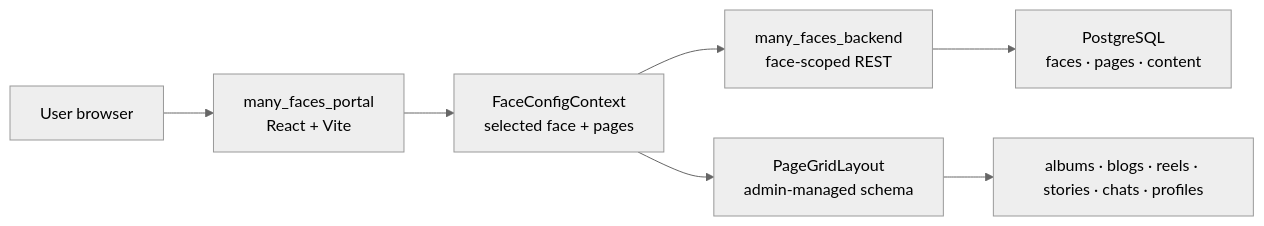
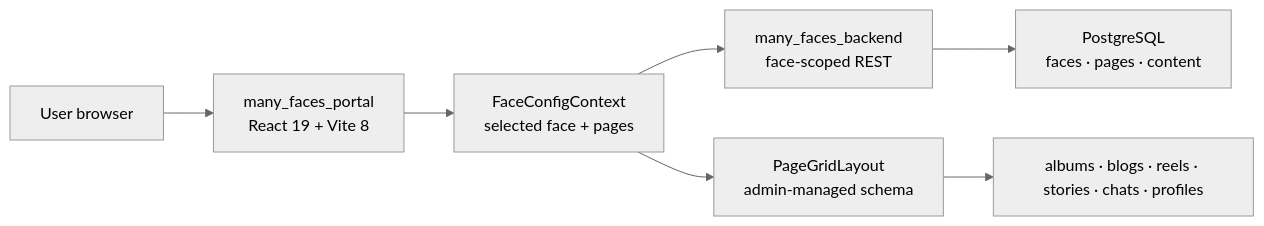
The first of 4 diagrams in README.md (01laky/many_faces_portal), drawn with Mermaid (neutral theme) before and after one commit. The commit also changed other lines of this file, not shown here.

````diff
--- a/README.md
+++ b/README.md
@@ -48,9 +42,9 @@
 ```mermaid
 flowchart LR
-    browser["User browser"] --> portal["many_faces_portal<br/>React + Vite"]
+    browser["User browser"] --> portal["many_faces_portal<br/>React 19 + Vite 8"]
     portal --> face["FaceConfigContext<br/>selected face + pages"]
     face --> api["many_faces_backend<br/>face-scoped REST"]
     api --> pg["PostgreSQL<br/>faces · pages · content"]
     face --> grid["PageGridLayout<br/>admin-managed schema"]
     grid --> blocks["albums · blogs · reels · stories · chats · profiles"]
 ```
````
